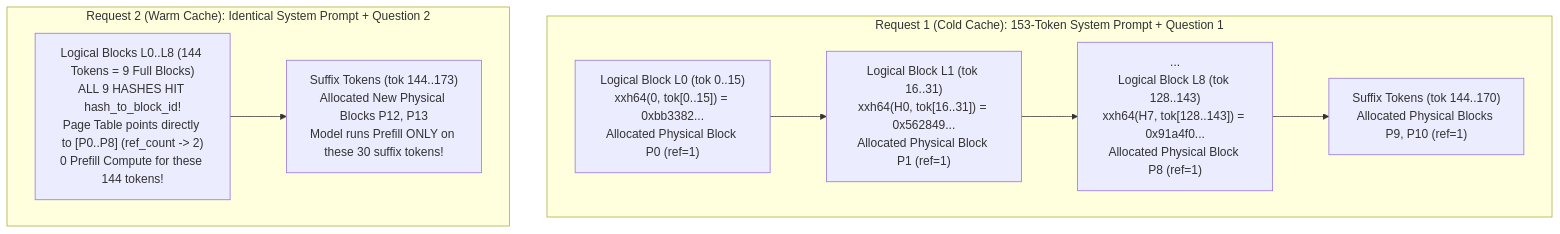
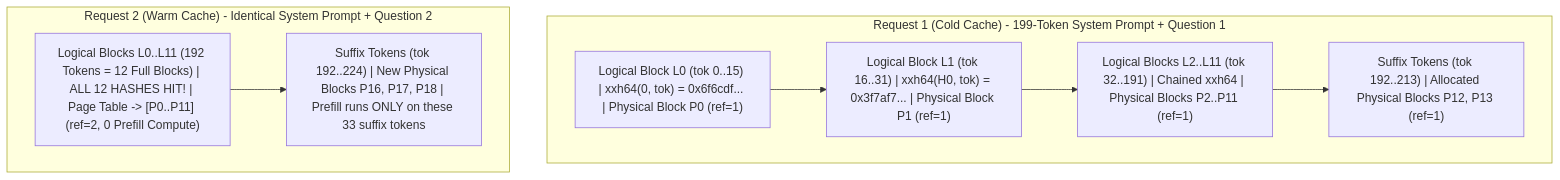
Before and after one commit to avnishkanungo/local-inference-engine: the third of 3 diagrams in README.md, drawn with Mermaid. The commit also changed other lines of this file, not shown here.

````diff
--- a/README.md
+++ b/README.md
@@ -359,16 +359,16 @@
 ```mermaid
 flowchart TD
-    subgraph Req1["Request 1 (Cold Cache): 153-Token System Prompt + Question 1"]
-        R1_B0["Logical Block L0 (tok 0..15)\nxxh64(0, tok[0..15]) = 0xbb3382...\nAllocated Physical Block P0 (ref=1)"]
-        R1_B1["Logical Block L1 (tok 16..31)\nxxh64(H0, tok[16..31]) = 0x562849...\nAllocated Physical Block P1 (ref=1)"]
-        R1_B8["...\nLogical Block L8 (tok 128..143)\nxxh64(H7, tok[128..143]) = 0x91a4f0...\nAllocated Physical Block P8 (ref=1)"]
-        R1_Tail["Suffix Tokens (tok 144..170)\nAllocated Physical Blocks P9, P10 (ref=1)"]
-        R1_B0 --> R1_B1 --> R1_B8 --> R1_Tail
+    subgraph Req1["Request 1 (Cold Cache) - 199-Token System Prompt + Question 1"]
+        R1_B0["Logical Block L0 (tok 0..15) | xxh64(0, tok) = 0x6f6cdf... | Physical Block P0 (ref=1)"]
+        R1_B1["Logical Block L1 (tok 16..31) | xxh64(H0, tok) = 0x3f7af7... | Physical Block P1 (ref=1)"]
+        R1_B11["Logical Blocks L2..L11 (tok 32..191) | Chained xxh64 | Physical Blocks P2..P11 (ref=1)"]
+        R1_Tail["Suffix Tokens (tok 192..213) | Allocated Physical Blocks P12, P13 (ref=1)"]
+        R1_B0 --> R1_B1 --> R1_B11 --> R1_Tail
     end
 
-    subgraph Req2["Request 2 (Warm Cache): Identical System Prompt + Question 2"]
-        R2_Hit["Logical Blocks L0..L8 (144 Tokens = 9 Full Blocks)\nALL 9 HASHES HIT hash_to_block_id!\nPage Table points directly to [P0..P8] (ref_count -> 2)\n0 Prefill Compute for these 144 tokens!"]
-        R2_Tail["Suffix Tokens (tok 144..173)\nAllocated New Physical Blocks P12, P13\nModel runs Prefill ONLY on these 30 suffix tokens!"]
+    subgraph Req2["Request 2 (Warm Cache) - Identical System Prompt + Question 2"]
+        R2_Hit["Logical Blocks L0..L11 (192 Tokens = 12 Full Blocks) | ALL 12 HASHES HIT! | Page Table -> [P0..P11] (ref=2, 0 Prefill Compute)"]
+        R2_Tail["Suffix Tokens (tok 192..224) | New Physical Blocks P16, P17, P18 | Prefill runs ONLY on these 33 suffix tokens"]
         R2_Hit --> R2_Tail
     end
 ```
````
